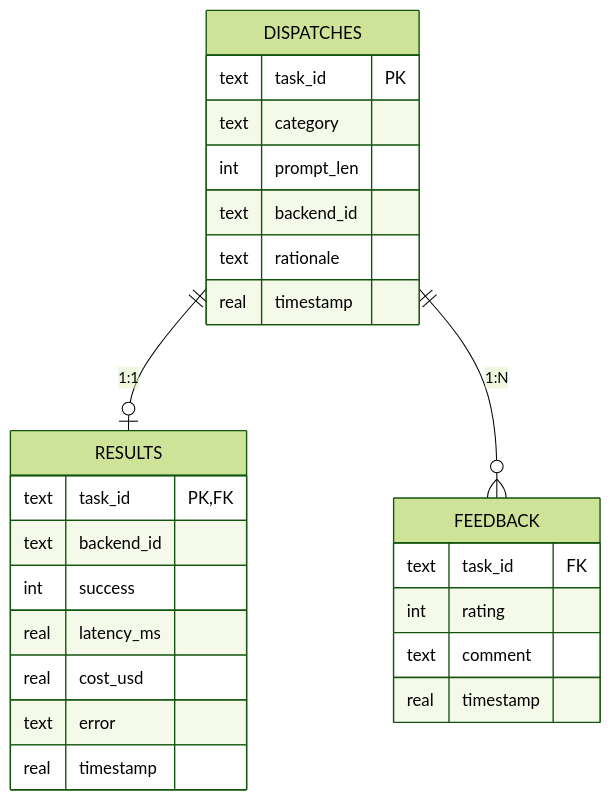
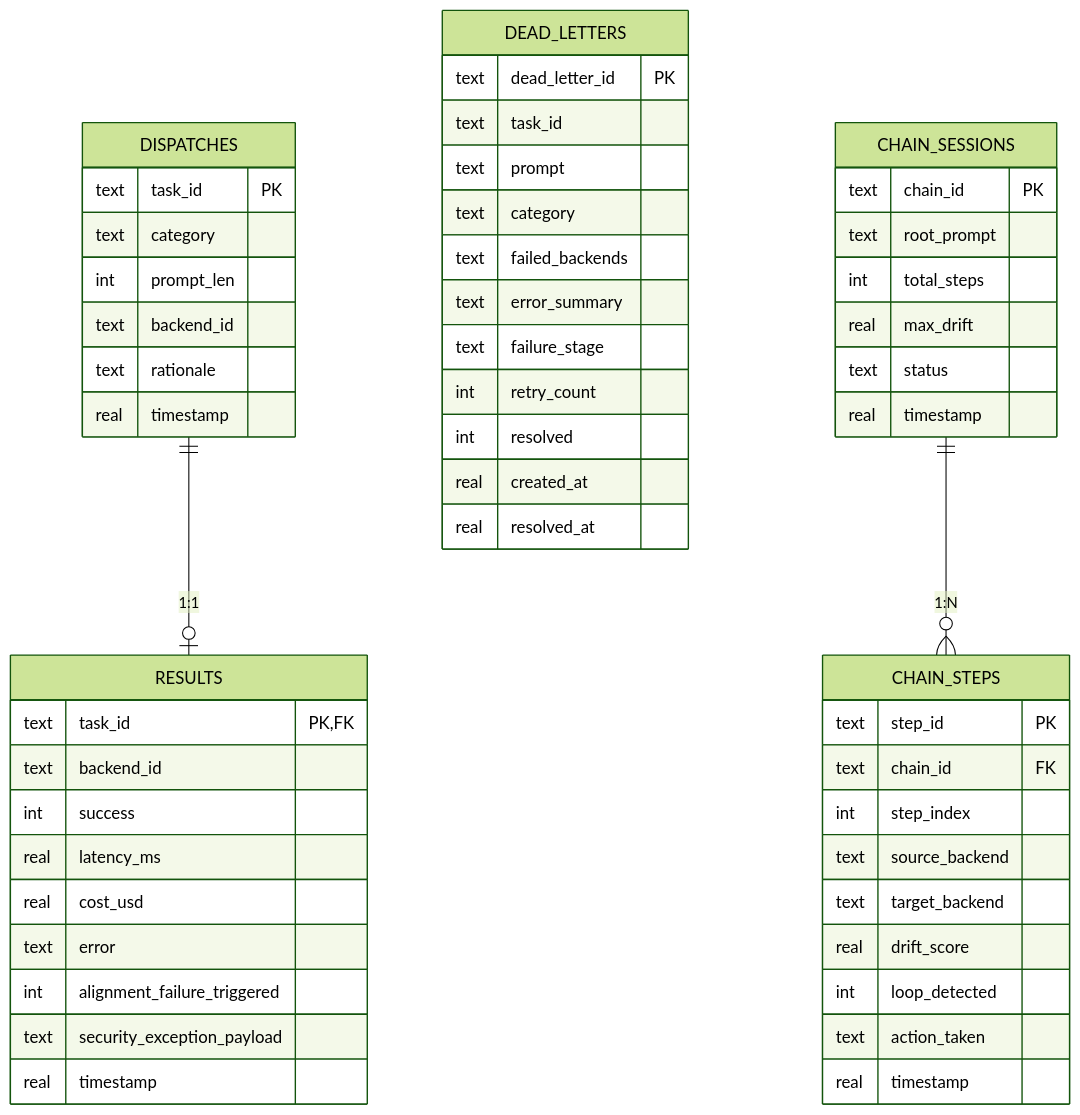
Before and after one commit to pradeepkumar-ai-byte/LEADER: the fourth of 4 diagrams in ARCHITECTURE.md, drawn with Mermaid (forest theme). The commit also changed other lines of this file and 20 other files, not shown here.

Commit message:
feat(enterprise): add adapter maturity tiers, connection pooling, Prometheus telemetry, Dead-Letter Queue (schema v4), and 211+ tests

````diff
--- a/ARCHITECTURE.md
+++ b/ARCHITECTURE.md
@@ -228,31 +152,61 @@
 ```mermaid
 erDiagram
     DISPATCHES {
         text task_id PK
         text category
         int prompt_len
         text backend_id
         text rationale
         real timestamp
     }
 
     RESULTS {
         text task_id PK, FK
         text backend_id
         int success
         real latency_ms
         real cost_usd
         text error
+        int alignment_failure_triggered
+        text security_exception_payload
         real timestamp
     }
 
-    FEEDBACK {
-        text task_id FK
-        int rating
-        text comment
+    DEAD_LETTERS {
+        text dead_letter_id PK
+        text task_id
+        text prompt
+        text category
+        text failed_backends
+        text error_summary
+        text failure_stage
+        int retry_count
+        int resolved
+        real created_at
+        real resolved_at
+    }
+
+    CHAIN_SESSIONS {
+        text chain_id PK
+        text root_prompt
+        int total_steps
+        real max_drift
+        text status
+        real timestamp
+    }
+
+    CHAIN_STEPS {
+        text step_id PK
+        text chain_id FK
+        int step_index
+        text source_backend
+        text target_backend
+        real drift_score
+        int loop_detected
+        text action_taken
         real timestamp
     }
 
     DISPATCHES ||--o| RESULTS : "1:1"
-    DISPATCHES ||--o{ FEEDBACK : "1:N"
+    CHAIN_SESSIONS ||--o{ CHAIN_STEPS : "1:N"
 ```
````
